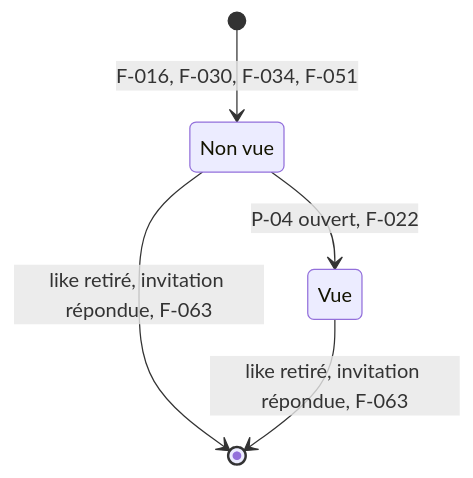
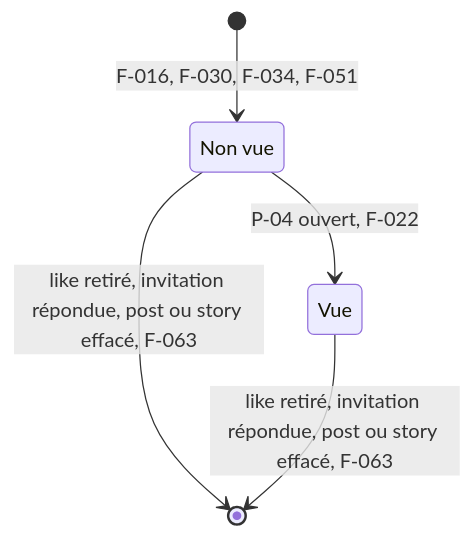
The fourth of 10 diagrams in claude_docs/conception-systeme.md (JeanPhilippeThai/fake_scrolling), drawn with Mermaid before and after one commit. The commit also changed other lines of this file and 6 other files, not shown here.

First line of the commit message:
Write the data model and the data-flow graph (prompts 11 and 12) (#101)

````diff
--- a/claude_docs/conception-systeme.md
+++ b/claude_docs/conception-systeme.md
@@ -938,9 +1008,9 @@
 ```mermaid
 stateDiagram-v2
     state "Non vue" as non_vue
     state "Vue" as vue
     [*] --> non_vue : F-016, F-030, F-034, F-051
     non_vue --> vue : P-04 ouvert, F-022
-    non_vue --> [*] : like retiré, invitation répondue, F-063
-    vue --> [*] : like retiré, invitation répondue, F-063
+    non_vue --> [*] : like retiré, invitation répondue, post ou story effacé, F-063
+    vue --> [*] : like retiré, invitation répondue, post ou story effacé, F-063
 ```
````
